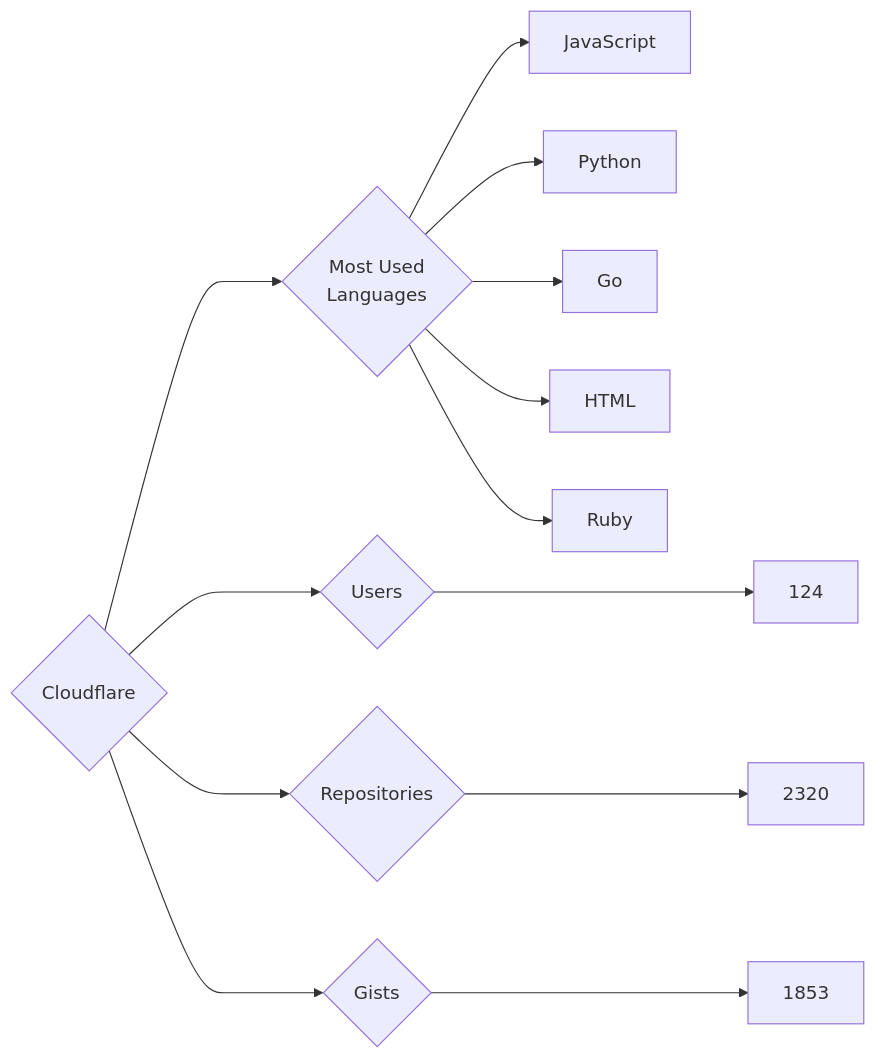
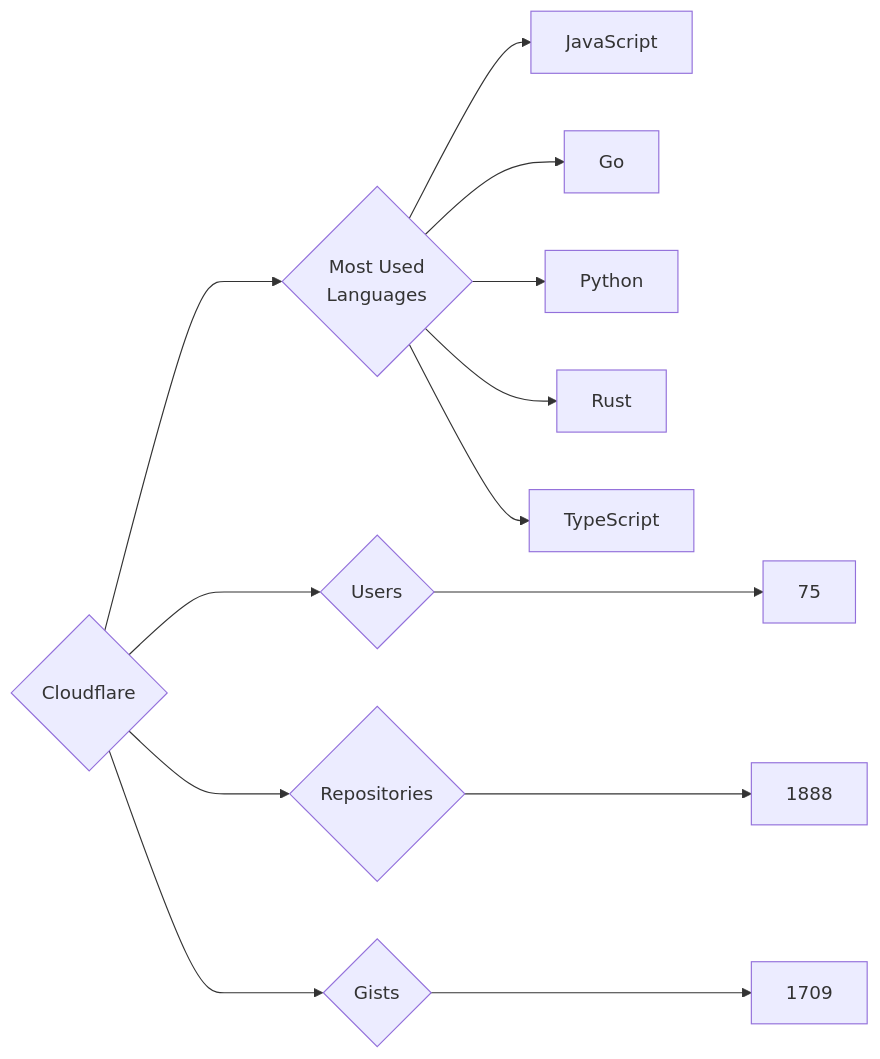
The diagram in targets/Cloudflare/README.md (trickest/insiders), drawn with Mermaid before and after one commit. The commit also changed 676 other files, not shown here.

````diff
--- a/targets/Cloudflare/README.md
+++ b/targets/Cloudflare/README.md
@@ -3,13 +3,13 @@
 ```mermaid
 graph LR
 COMPANY_NAME{Cloudflare}
-COMPANY_NAME ---> U{Users} ---> UN[124]
-COMPANY_NAME ---> R{Repositories} ---> RN[2320]
-COMPANY_NAME ---> G{Gists} ---> GN[1853]
+COMPANY_NAME ---> U{Users} ---> UN[75]
+COMPANY_NAME ---> R{Repositories} ---> RN[1888]
+COMPANY_NAME ---> G{Gists} ---> GN[1709]
 COMPANY_NAME ---> ML{Most Used<br>Languages}
 ML --> JavaScript[JavaScript]
+ML --> Go[Go]
 ML --> Python[Python]
-ML --> Go[Go]
-ML --> HTML[HTML]
-ML --> Ruby[Ruby]
+ML --> Rust[Rust]
+ML --> TypeScript[TypeScript]
 ```
````
